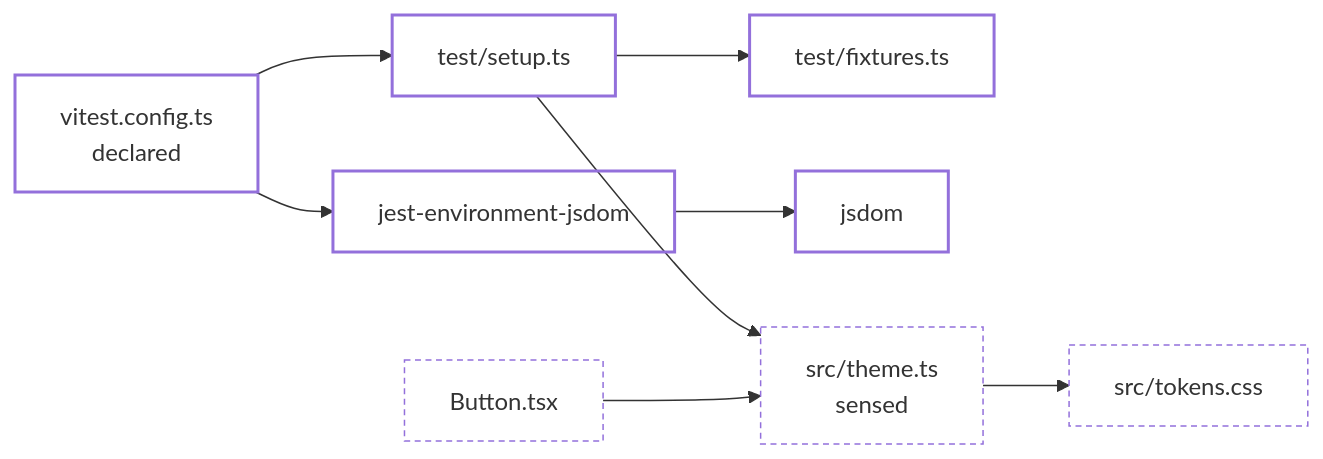
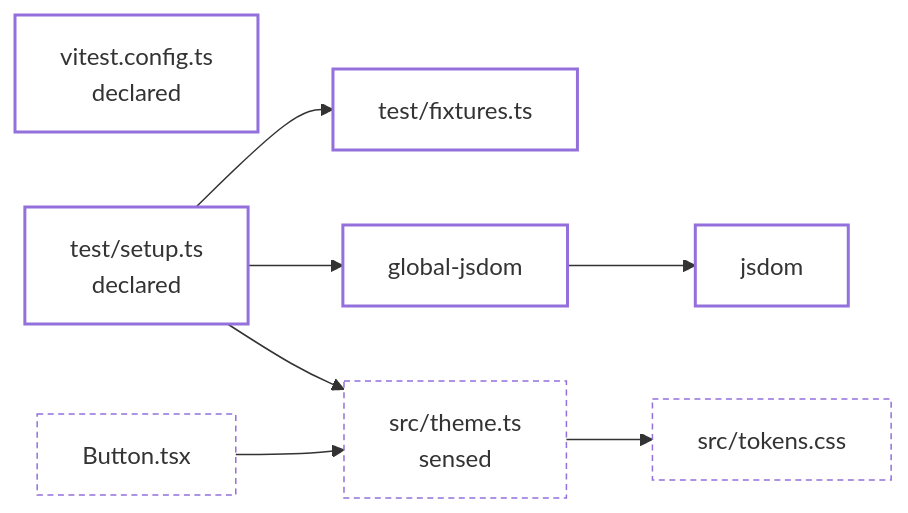
The second of 2 diagrams in docs/changes-before-and-beyond.md (Variance-Authority/variance-authority), drawn with Mermaid before and after one commit. The commit also changed other lines of this file and 10 other files, not shown here.

````diff
--- a/docs/changes-before-and-beyond.md
+++ b/docs/changes-before-and-beyond.md
@@ -155,24 +160,23 @@
 ```mermaid
 flowchart LR
   config["vitest.config.ts<br/>declared"]
-  setup["test/setup.ts"]
+  setup["test/setup.ts<br/>declared"]
   fixtures["test/fixtures.ts"]
-  env["jest-environment-jsdom"]
+  env["global-jsdom"]
   jsdom["jsdom"]
   theme["src/theme.ts<br/>sensed"]
   tokens["src/tokens.css"]
   button["Button.tsx"]
 
-  config --> setup
-  config --> env
   setup --> fixtures
+  setup --> env
   setup --> theme
   env --> jsdom
   theme --> tokens
   button --> theme
 
   classDef rests fill:none,stroke-width:2px;
   classDef sensed fill:none,stroke-dasharray:4 3;
   class config,setup,fixtures,env,jsdom rests;
   class theme,tokens,button sensed;
 ```
````
